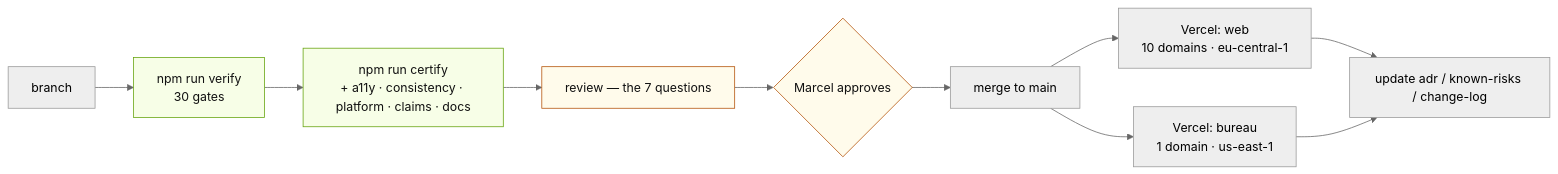
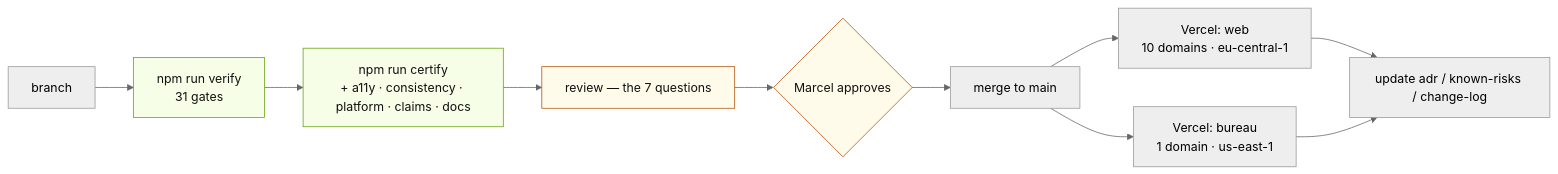
One commit to buddy1974/maxpromo.digital changed the eighth of 10 diagrams in docs/architecture/diagrams.md. Above: the diagram before and after it, drawn with Mermaid (neutral theme). The commit also changed 59 other files, not shown here.

````diff
--- a/docs/architecture/diagrams.md
+++ b/docs/architecture/diagrams.md
@@ -276,19 +276,19 @@
 ```mermaid
 flowchart LR
-  BR["branch"] --> V["npm run verify<br/>30 gates"]
+  BR["branch"] --> V["npm run verify<br/>31 gates"]
   V --> C["npm run certify<br/>+ a11y · consistency · platform · claims · docs"]
   C --> REV["review — the 7 questions"]
   REV --> APP{"Marcel approves"}
   APP --> MERGE["merge to main"]
 
   MERGE --> VW["Vercel: web<br/>10 domains · eu-central-1"]
   MERGE --> VB["Vercel: bureau<br/>1 domain · us-east-1"]
 
   VW --> DOC["update adr / known-risks / change-log"]
   VB --> DOC
 
   classDef gate fill:#F7FEE7,stroke:#65A30D,color:#111111
   classDef human fill:#FFFBEB,stroke:#B45309,color:#111111
   class V,C gate
   class REV,APP human
 ```
````
